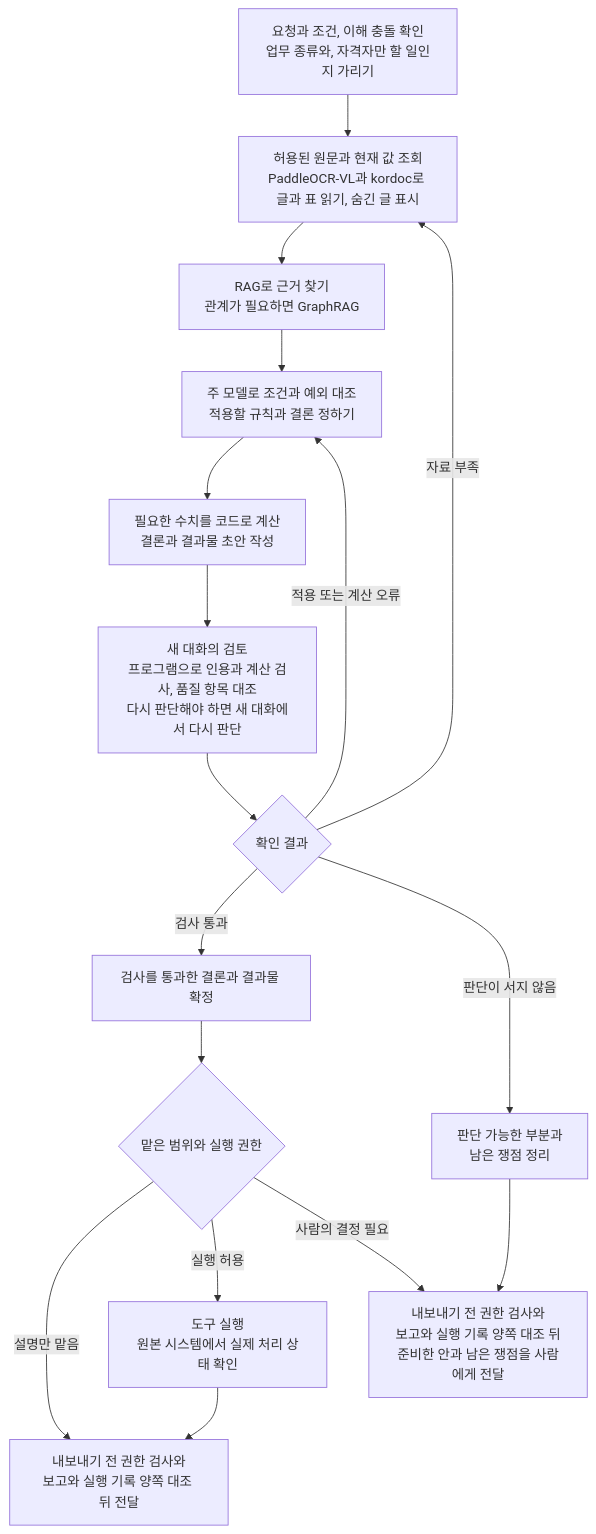
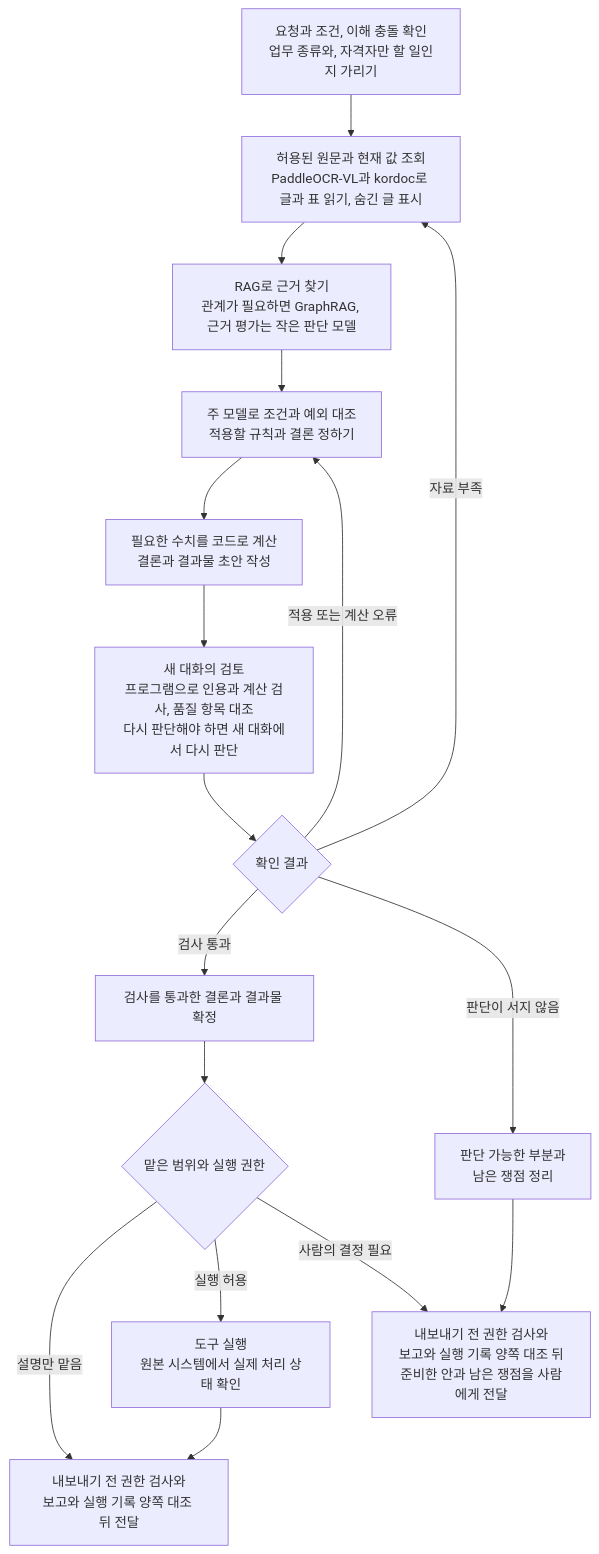
One commit to harisbaguette/expert changed the diagram in 전문 판단의 신뢰성.md. Above: the diagram before and after it, drawn with Mermaid. The commit also changed other lines of this file and 1 other file, not shown here.

````diff
--- a/전문 판단의 신뢰성.md
+++ b/전문 판단의 신뢰성.md
@@ -825,19 +855,19 @@
 ```mermaid
 flowchart TB
     A[요청과 조건, 이해 충돌 확인<br/>업무 종류와, 자격자만 할 일인지 가리기] --> B[허용된 원문과 현재 값 조회<br/>PaddleOCR-VL과 kordoc로 글과 표 읽기, 숨긴 글 표시]
-    B --> C[RAG로 근거 찾기<br/>관계가 필요하면 GraphRAG]
+    B --> C[RAG로 근거 찾기<br/>관계가 필요하면 GraphRAG, 근거 평가는 작은 판단 모델]
     C --> D[주 모델로 조건과 예외 대조<br/>적용할 규칙과 결론 정하기]
     D --> E[필요한 수치를 코드로 계산<br/>결론과 결과물 초안 작성]
     E --> F[새 대화의 검토<br/>프로그램으로 인용과 계산 검사, 품질 항목 대조<br/>다시 판단해야 하면 새 대화에서 다시 판단]
     F --> G{확인 결과}
     G -->|자료 부족| B
     G -->|적용 또는 계산 오류| D
     G -->|검사 통과| H[검사를 통과한 결론과 결과물 확정]
     G -->|판단이 서지 않음| I[판단 가능한 부분과<br/>남은 쟁점 정리]
     H --> J{맡은 범위와 실행 권한}
     J -->|설명만 맡음| L[내보내기 전 권한 검사와<br/>보고와 실행 기록 양쪽 대조 뒤 전달]
     J -->|실행 허용| K[도구 실행<br/>원본 시스템에서 실제 처리 상태 확인]
     J -->|사람의 결정 필요| M[내보내기 전 권한 검사와<br/>보고와 실행 기록 양쪽 대조 뒤<br/>준비한 안과 남은 쟁점을 사람에게 전달]
     K --> L
     I --> M
 ```
````
